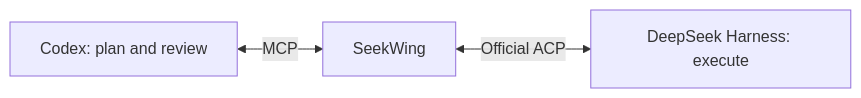
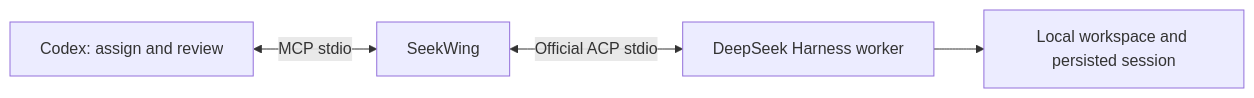
One commit to heyzeyu/seekwing changed the diagram in README.md. Above: the diagram before and after it, drawn with Mermaid. The commit also changed other lines of this file and 26 other files, not shown here.

Commit message:
feat: implement DeepSeek ACP subagents for Codex

````diff
--- a/README.md
+++ b/README.md
@@ -17,5 +11,6 @@
 ```mermaid
 flowchart LR
-    C[Codex: plan and review] <-->|MCP| S[SeekWing]
-    S <-->|Official ACP| H[DeepSeek Harness: execute]
+    C[Codex: assign and review] <-->|MCP stdio| S[SeekWing]
+    S <-->|Official ACP stdio| H[DeepSeek Harness worker]
+    H --> W[Local workspace and persisted session]
 ```
````
